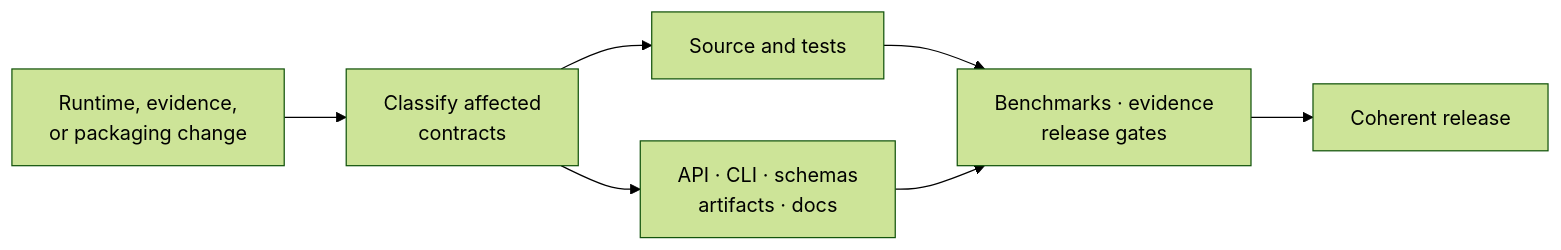
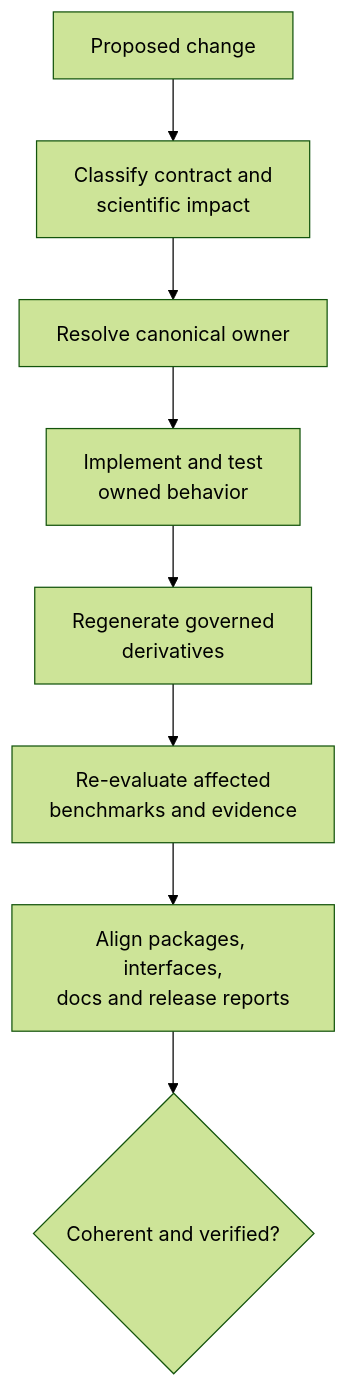
One commit to bijux/bijux-phylogenetics changed the first of 2 diagrams in docs/05-bijux-phylogenetics-maintain/index.md. Above: the diagram before and after it, drawn with Mermaid (forest theme). The commit also changed other lines of this file and 4 other files, not shown here.

````diff
--- a/docs/05-bijux-phylogenetics-maintain/index.md
+++ b/docs/05-bijux-phylogenetics-maintain/index.md
@@ -17,16 +18,13 @@
 ```mermaid
-flowchart LR
-    change["Runtime, evidence,<br/>or packaging change"]
-    impact["Classify affected<br/>contracts"]
-    implementation["Source and tests"]
-    surfaces["API · CLI · schemas<br/>artifacts · docs"]
-    proof["Benchmarks · evidence<br/>release gates"]
-    publish["Coherent release"]
+flowchart TD
+    change["Proposed change"]
+    classify["Classify contract and<br/>scientific impact"]
+    owner["Resolve canonical owner"]
+    implement["Implement and test<br/>owned behavior"]
+    derive["Regenerate governed<br/>derivatives"]
+    assure["Re-evaluate affected<br/>benchmarks and evidence"]
+    align["Align packages, interfaces,<br/>docs and release reports"]
+    complete{"Coherent and verified?"}
 
-    change --> impact
-    impact --> implementation
-    impact --> surfaces
-    implementation --> proof
-    surfaces --> proof
-    proof --> publish
+    change --> classify --> owner --> implement --> derive --> assure --> align --> complete
 ```
````
